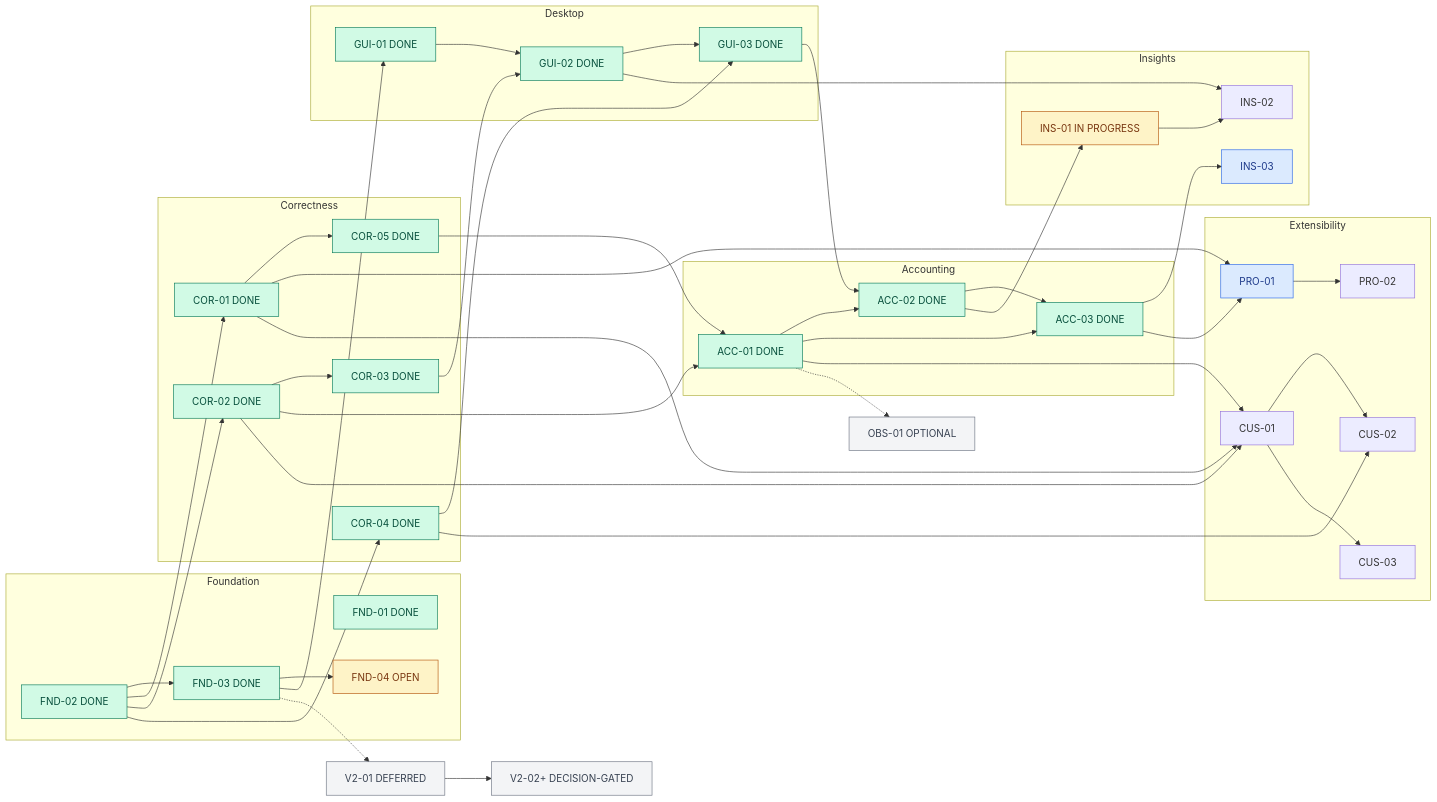
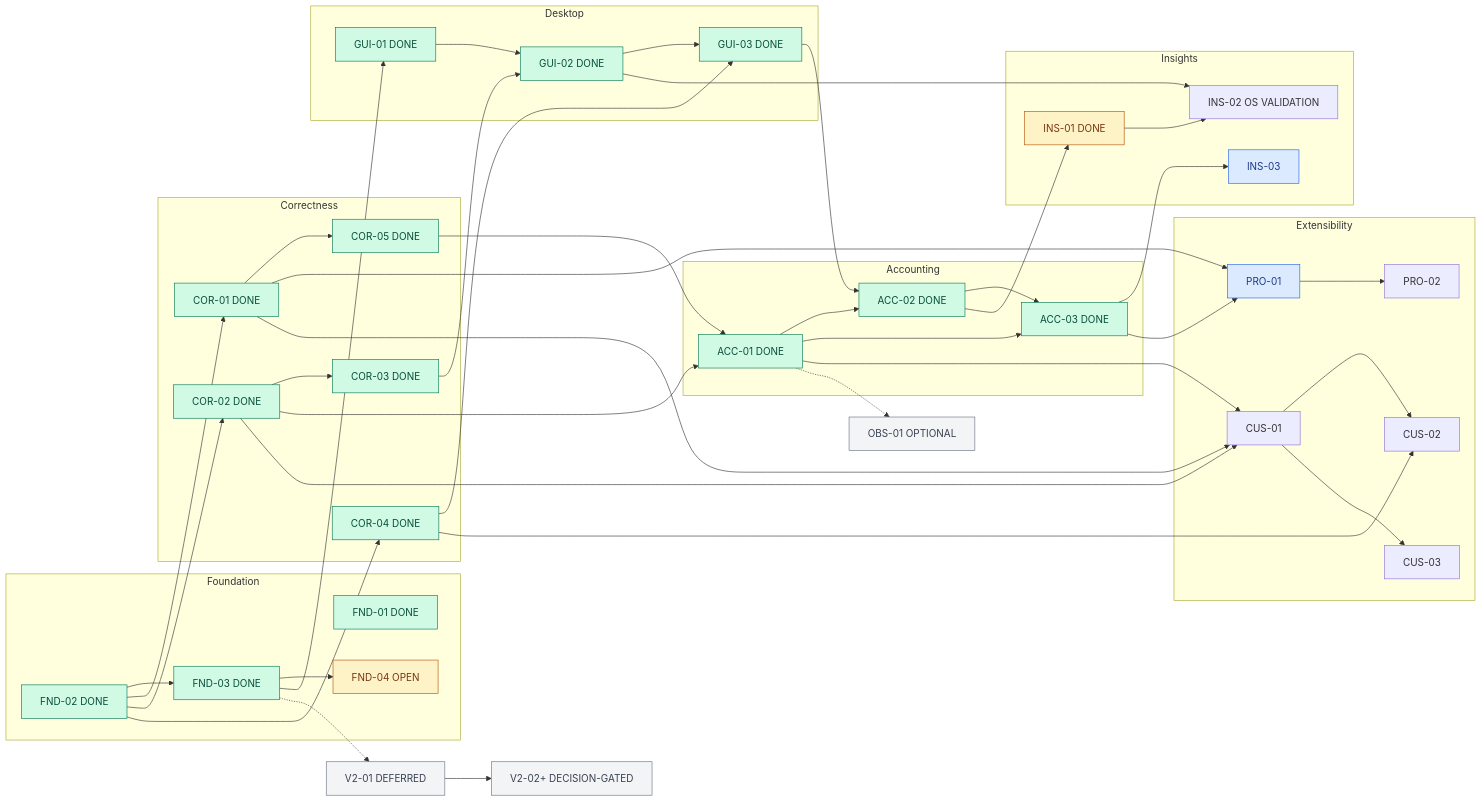
One commit to slkiser/opencode-quota changed the second of 2 diagrams in docs/UPSTREAM_DELIVERY_PLAN.md. Above: the diagram before and after it, drawn with Mermaid. The commit also changed other lines of this file and 24 other files, not shown here.

````diff
--- a/docs/UPSTREAM_DELIVERY_PLAN.md
+++ b/docs/UPSTREAM_DELIVERY_PLAN.md
@@ -182,58 +182,58 @@
 ```mermaid
 flowchart LR
   subgraph Foundation
     F01["FND-01 DONE"]
     F02["FND-02 DONE"] --> F03["FND-03 DONE"]
     F03 --> F04["FND-04 OPEN"]
   end
   subgraph Correctness
     F02 --> C01["COR-01 DONE"]
     F02 --> C02["COR-02 DONE"]
     C02 --> C03["COR-03 DONE"]
     F02 --> C04["COR-04 DONE"]
     C01 --> C05["COR-05 DONE"]
   end
   subgraph Desktop
     F03 --> G01["GUI-01 DONE"]
     G01 --> G02["GUI-02 DONE"]
     C03 --> G02
     G02 --> G03["GUI-03 DONE"]
     C04 --> G03
   end
   subgraph Accounting
     C02 --> A01["ACC-01 DONE"]
     C05 --> A01
     A01 --> A02["ACC-02 DONE"]
     G03 --> A02
     A01 --> A03["ACC-03 DONE"]
     A02 --> A03
   end
   subgraph Insights
-    A02 --> I01["INS-01 IN PROGRESS"]
-    I01 --> I02["INS-02"]
+    A02 --> I01["INS-01 DONE"]
+    I01 --> I02["INS-02 OS VALIDATION"]
     G02 --> I02
     A03 --> I03["INS-03"]
   end
   subgraph Extensibility
     A03 --> P01["PRO-01"]
     C01 --> P01
     P01 --> P02["PRO-02"]
     A01 --> U01["CUS-01"]
     C01 --> U01
     C02 --> U01
     U01 --> U02["CUS-02"]
     C04 --> U02
     U01 --> U03["CUS-03"]
   end
   A01 -.-> O01["OBS-01 OPTIONAL"]
   F03 -.-> V01["V2-01 DEFERRED"]
   V01 --> V02["V2-02+ DECISION-GATED"]
   classDef done fill:#d1fae5,stroke:#047857,color:#064e3b;
   classDef active fill:#fef3c7,stroke:#b45309,color:#78350f;
   classDef ready fill:#dbeafe,stroke:#2563eb,color:#1e3a8a;
   classDef optional fill:#f3f4f6,stroke:#6b7280,color:#374151;
   class F01,F02,F03,C01,C02,C03,C04,C05,G01,G02,G03,A01,A02,A03 done;
   class F04,I01 active;
   class I03,P01 ready;
   class O01,V01,V02 optional;
 ```
````
